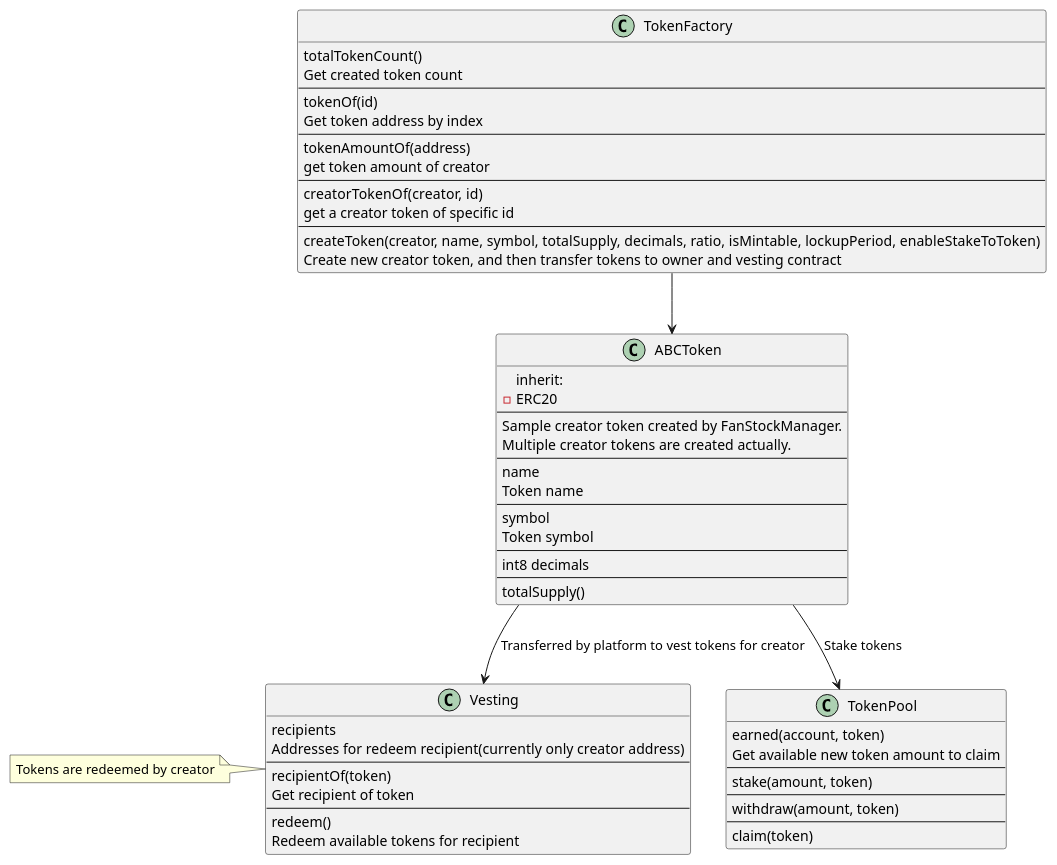
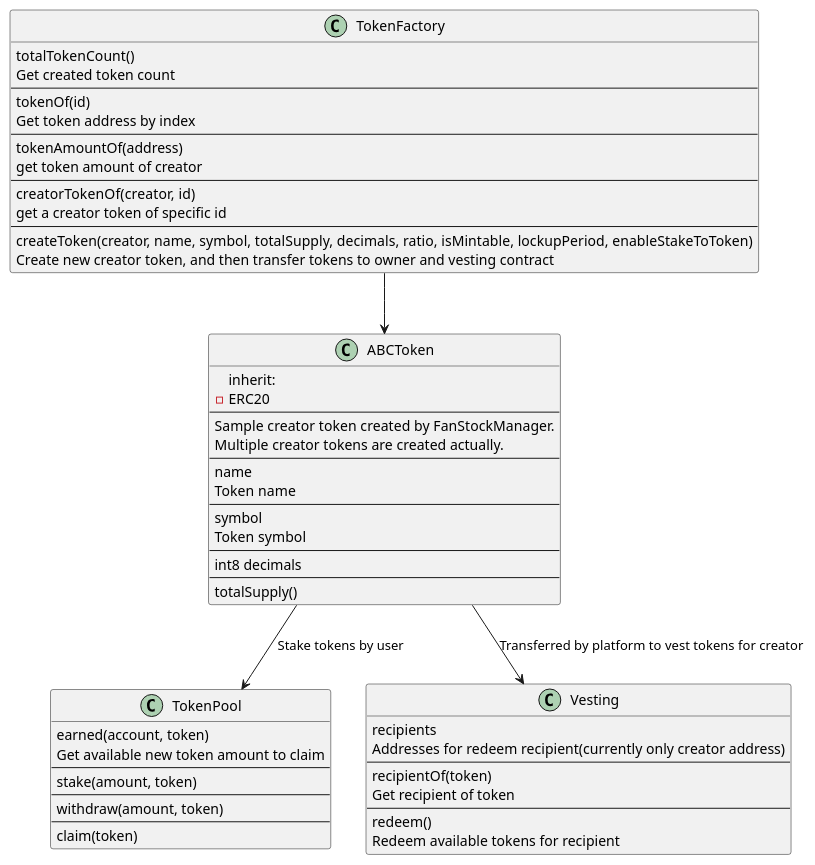
One commit to iroiro/iroiro changed the diagram in docs/contracts.puml. Above: the diagram before and after it, drawn with PlantUML.

Commit message:
Update uml

```diff
--- a/docs/contracts.puml
+++ b/docs/contracts.puml
@@ -1,65 +1,64 @@
 @startuml
 
 class "TokenFactory" as factory {
     totalTokenCount()
     Get created token count
     --
     tokenOf(id)
     Get token address by index
     --
     tokenAmountOf(address)
     get token amount of creator
     --
     creatorTokenOf(creator, id)
     get a creator token of specific id
     --
     createToken(creator, name, symbol, totalSupply, decimals, ratio, isMintable, lockupPeriod, enableStakeToToken)
     Create new creator token, and then transfer tokens to owner and vesting contract
 }
 
 class "ABCToken" as abc {
     inherit:
     - ERC20
     --
     Sample creator token created by FanStockManager.
     Multiple creator tokens are created actually.
     --
     name
     Token name
     --
     symbol
     Token symbol
     --
     int8 decimals
     --
     totalSupply()
 }
 
 class "TokenPool" as pool {
     earned(account, token)
     Get available new token amount to claim
     --
     stake(amount, token)
     --
     withdraw(amount, token)
     --
     claim(token)
 }
 
 class "Vesting" as vest {
     recipients
     Addresses for redeem recipient(currently only creator address)
     --
     recipientOf(token)
     Get recipient of token
     --
     redeem()
     Redeem available tokens for recipient
 }
-note left: Tokens are redeemed by creator
 
 factory -down-> abc
-abc -down-> pool: Stake tokens
+abc -down-> pool: Stake tokens by user
 abc -down-> vest: Transferred by platform to vest tokens for creator
 
 @enduml
```
